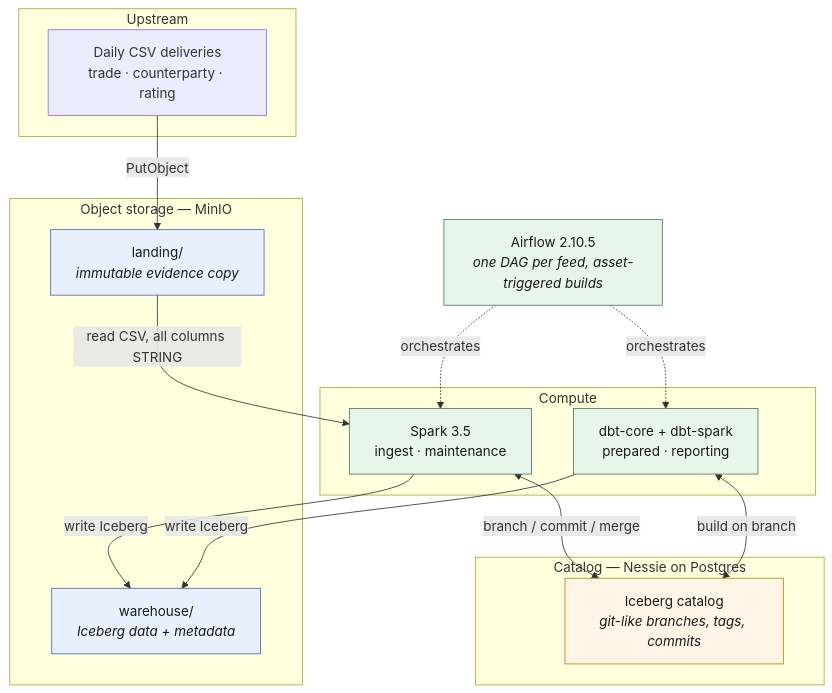
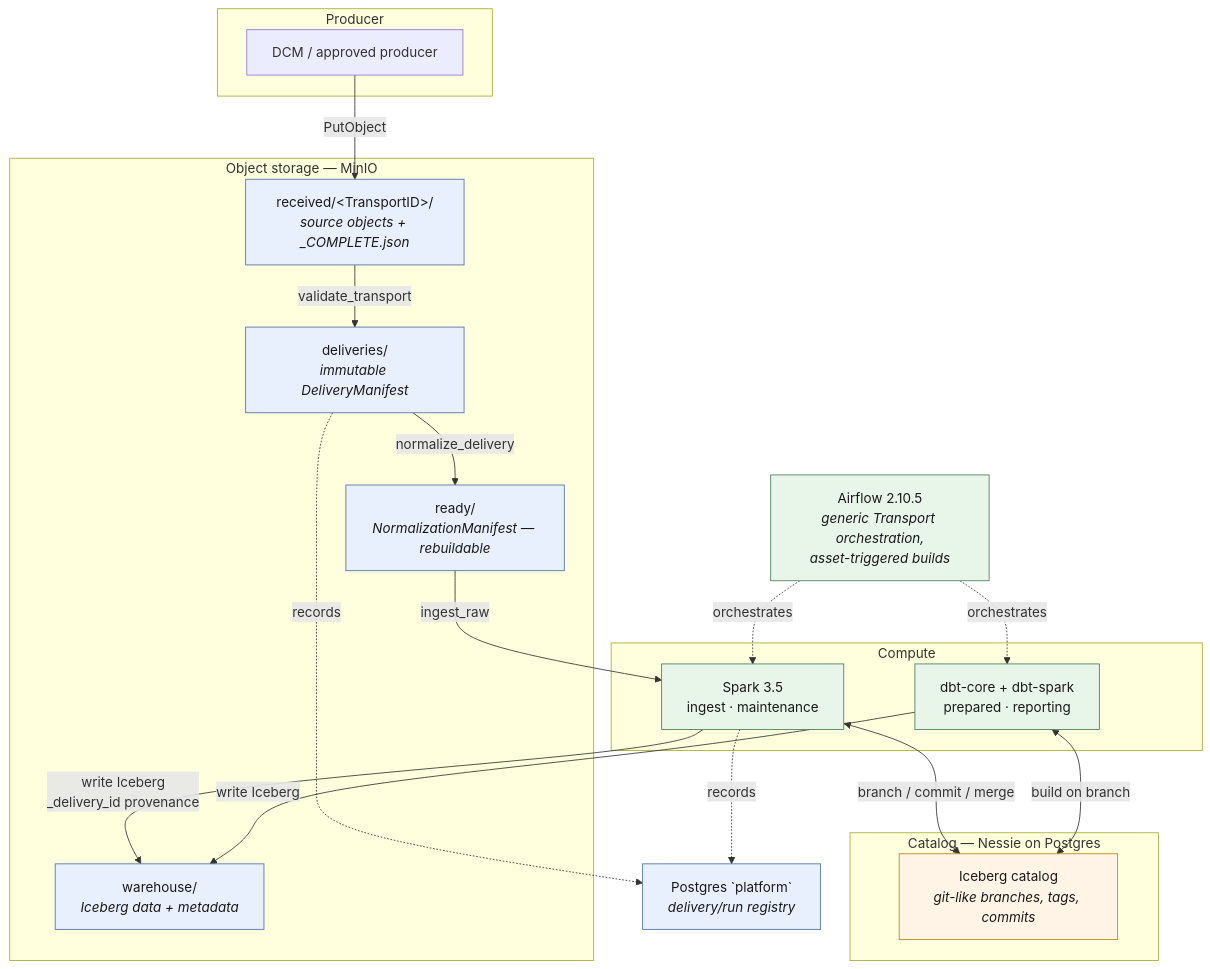
One commit to RichardFellows/reporting-platform-local changed the first of 6 diagrams in README.md. Above: the diagram before and after it, drawn with Mermaid. The commit also changed other lines of this file and 1 other file, not shown here.

````diff
--- a/README.md
+++ b/README.md
@@ -19,38 +30,46 @@
 ```mermaid
 flowchart TB
-    subgraph src["Upstream"]
-        CSV["Daily CSV deliveries<br/>trade · counterparty · rating"]
+    subgraph src["Producer"]
+        DCM["DCM / approved producer"]
     end
 
     subgraph storage["Object storage — MinIO"]
-        LAND["landing/<br/><i>immutable evidence copy</i>"]
+        RECV["received/&lt;TransportID&gt;/<br/><i>source objects + _COMPLETE.json</i>"]
+        DEL["deliveries/<br/><i>immutable DeliveryManifest</i>"]
+        READY["ready/<br/><i>NormalizationManifest — rebuildable</i>"]
         WH["warehouse/<br/><i>Iceberg data + metadata</i>"]
     end
 
     subgraph compute["Compute"]
         SPARK["Spark 3.5<br/>ingest · maintenance"]
         DBT["dbt-core + dbt-spark<br/>prepared · reporting"]
     end
 
     subgraph cat["Catalog — Nessie on Postgres"]
         NESSIE["Iceberg catalog<br/><i>git-like branches, tags, commits</i>"]
     end
 
-    AF["Airflow 2.10.5<br/><i>one DAG per feed, asset-triggered builds</i>"]
+    AF["Airflow 2.10.5<br/><i>generic Transport orchestration,<br/>asset-triggered builds</i>"]
+    REG["Postgres `platform`<br/><i>delivery/run registry</i>"]
 
-    CSV -->|PutObject| LAND
-    LAND -->|"read CSV, all columns STRING"| SPARK
-    SPARK -->|"write Iceberg"| WH
+    DCM -->|"PutObject"| RECV
+    RECV -->|"validate_transport"| DEL
+    DEL -->|"normalize_delivery"| READY
+    READY -->|"ingest_raw"| SPARK
+    SPARK -->|"write Iceberg<br/>_delivery_id provenance"| WH
     DBT -->|"write Iceberg"| WH
     SPARK <-->|"branch / commit / merge"| NESSIE
     DBT <-->|"build on branch"| NESSIE
     AF -.->|orchestrates| SPARK
     AF -.->|orchestrates| DBT
+    DEL -.->|records| REG
+    SPARK -.->|records| REG
 
     classDef store fill:#e8f0fe,stroke:#4a6fa5,color:#1a1a1a
     classDef proc fill:#e8f5e9,stroke:#4a7c59,color:#1a1a1a
     classDef catalog fill:#fff4e5,stroke:#b8860b,color:#1a1a1a
-    class LAND,WH store
+    class RECV,DEL,READY,WH store
     class SPARK,DBT,AF proc
     class NESSIE catalog
+    class REG store
 ```
````
